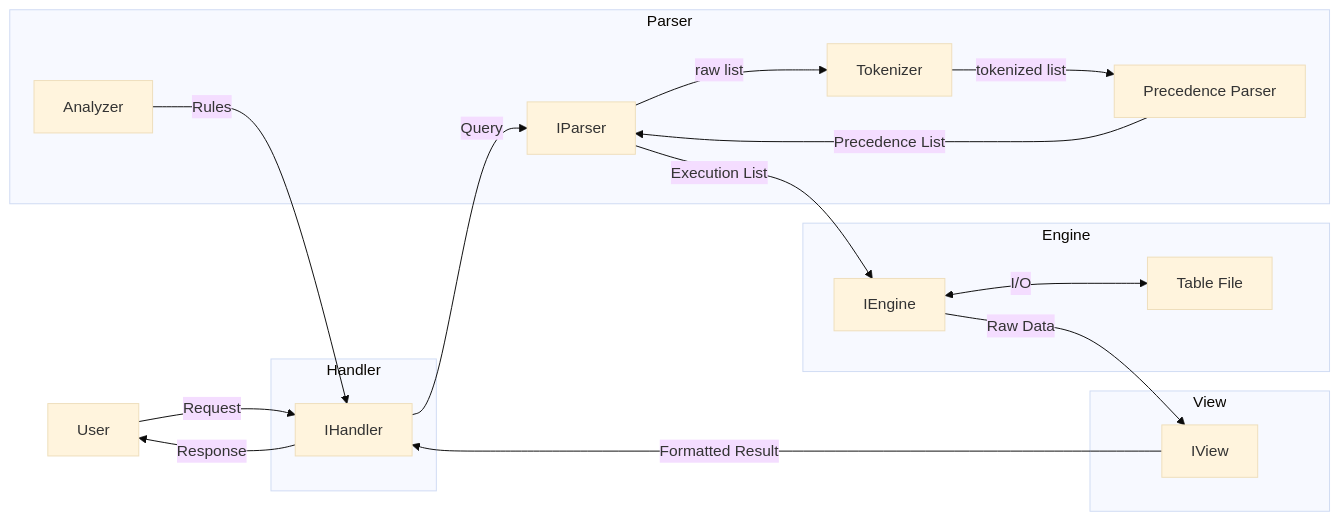
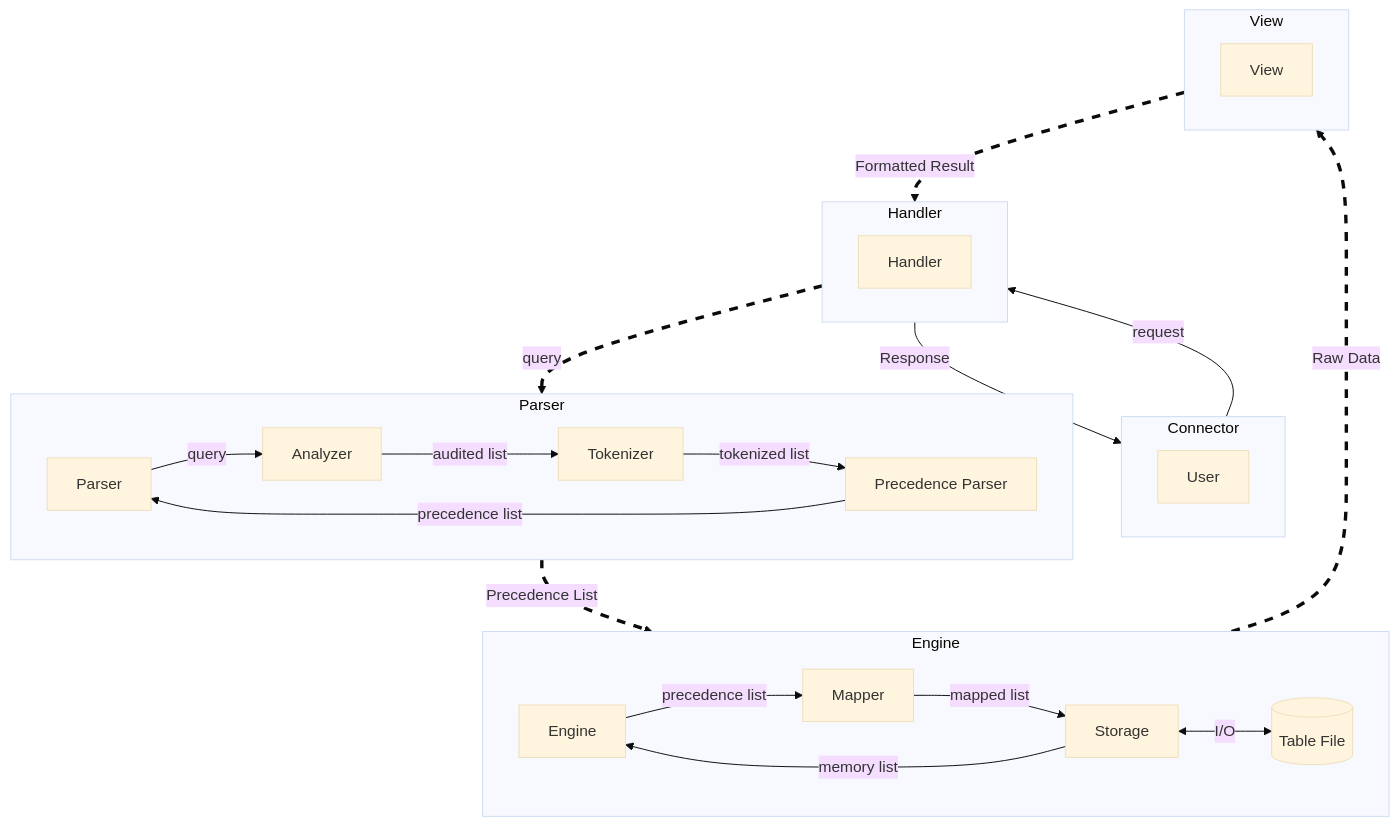
One commit to Flu-iid/blankDB changed the diagram in docs/diagram/Architecture.mmd. Above: the diagram before and after it, drawn with Mermaid (base theme). The commit also changed 3 other files, not shown here.

Commit message:
change architecture

```diff
--- a/docs/diagram/Architecture.mmd
+++ b/docs/diagram/Architecture.mmd
@@ -1,38 +1,57 @@
-graph LR
-    U[User] --> |Request|H[IHandler]
-    H -->|Query| P[IParser]
-    A --> |Rules|H
-    P -->|Execution List| E[IEngine]
-    E -->|Raw Data| V[IView]
-    V -->|Formatted Result| H
-    H --> |Response|U
+graph TD
+    Connector a0@--> |request| Handler
+    Handler a1@==> |query| Parser
+    Parser a2@==> |Precedence List| Engine
+    Engine a3@==> |Raw Data| View
+    View a4@==> |Formatted Result| Handler
+    Handler a5@--> |Response| Connector
+
+    subgraph Connector
+        U[User]
+    end
+
+    subgraph Handler
+        H[Handler]
+    end
 
     subgraph Parser
+        direction LR
+        P[Parser]
         A[Analyzer]
-        P --> |raw list|T[Tokenizer]
+        T[Tokenizer]
+        PP[Precedence Parser]
+        P --> |query|A
+        A --> |audited list|T
         T --> |tokenized list|PP
-        PP[Precedence Parser] --> |Precedence List| P
+        PP --> |precedence list|P
     end
 
     subgraph Engine
-        E <--> |I/O|T1[Table File]
+        direction LR
+        E[Engine]
+        M[Mapper]
+        S[Storage]
+        E --> |precedence list|M
+        M --> |mapped list|S
+        S <--> |I/O|T1[(Table File)]
+        S --> |memory list|E
     end
 
     subgraph View
-        V
+        V[View]
     end
 
-    subgraph Handler
-        H
-    end
+    classDef animate stroke-dasharray: 9,5,stroke-dashoffset: 900,animation: dash 25s linear infinite;
+    class a1 animate;class a2 animate;class a3 animate;class a4 animate;
+    
 
     %% classDef red fill:darkred;
     %% classDef blue fill:darkblue;
     %% classDef green fill:darkgreen;
     %% classDef yellow fill:yellow;
     
 
     %% class H red;
     %% class P blue;
     %% class E yellow;
     %% class V green;
```
